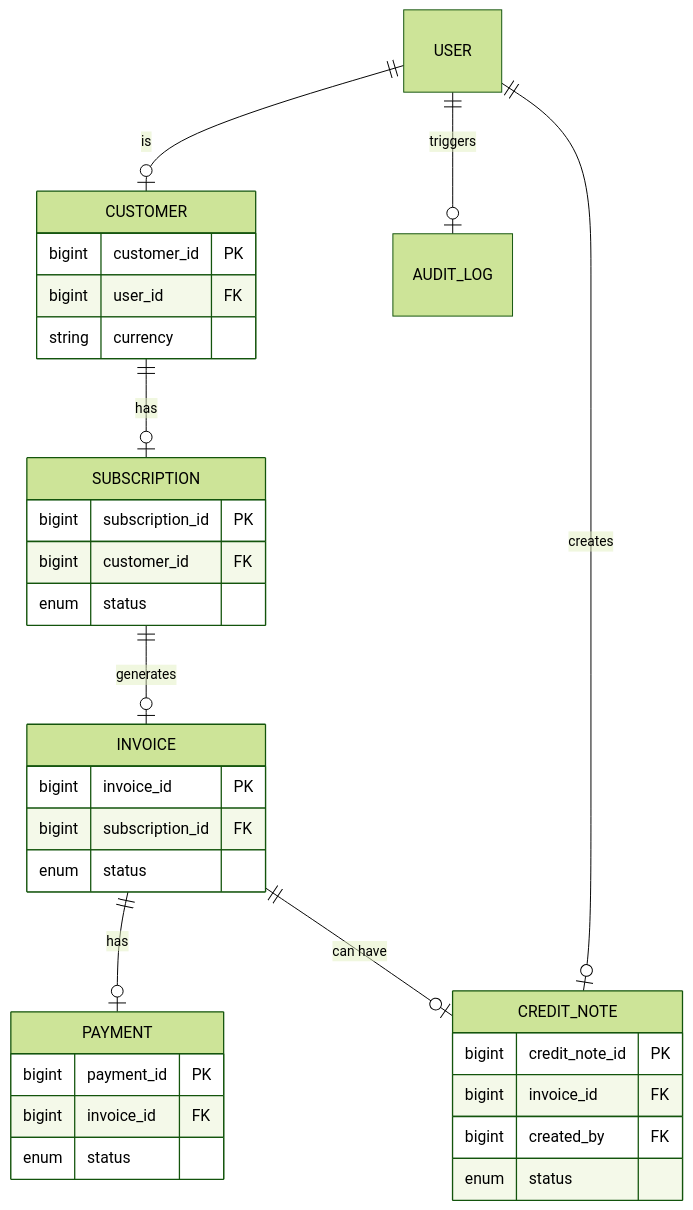
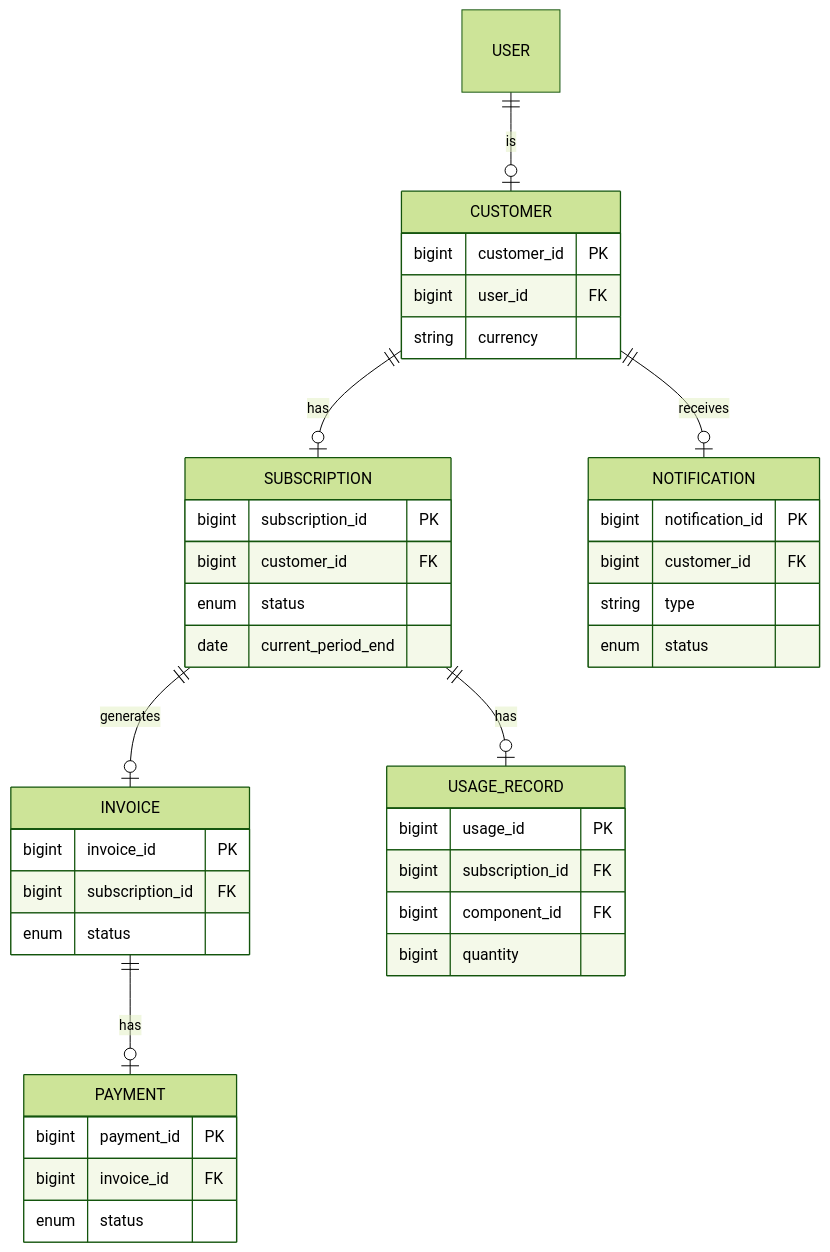
Before and after one commit to Priyank-0401/StreamFlixApp: the first of 2 diagrams in SUPPORT_AGENT_SPECIFICATION.md, drawn with Mermaid (forest theme). The commit also changed other lines of this file, not shown here.

````diff
--- a/SUPPORT_AGENT_SPECIFICATION.md
+++ b/SUPPORT_AGENT_SPECIFICATION.md
@@ -55,37 +55,43 @@
 ```mermaid
 erDiagram
     USER ||--o| CUSTOMER : "is"
     CUSTOMER ||--o| SUBSCRIPTION : "has"
     SUBSCRIPTION ||--o| INVOICE : "generates"
     INVOICE ||--o| PAYMENT : "has"
-    INVOICE ||--o| CREDIT_NOTE : "can have"
-    USER ||--o| CREDIT_NOTE : "creates"
-    USER ||--o| AUDIT_LOG : "triggers"
+    SUBSCRIPTION ||--o| USAGE_RECORD : "has"
+    CUSTOMER ||--o| NOTIFICATION : "receives"
 
     CUSTOMER {
         bigint customer_id PK
         bigint user_id FK
         string currency
     }
     SUBSCRIPTION {
         bigint subscription_id PK
         bigint customer_id FK
         enum status
+        date current_period_end
     }
     INVOICE {
         bigint invoice_id PK
         bigint subscription_id FK
         enum status
     }
     PAYMENT {
         bigint payment_id PK
         bigint invoice_id FK
         enum status
     }
-    CREDIT_NOTE {
-        bigint credit_note_id PK
-        bigint invoice_id FK
-        bigint created_by FK
+    USAGE_RECORD {
+        bigint usage_id PK
+        bigint subscription_id FK
+        bigint component_id FK
+        bigint quantity
+    }
+    NOTIFICATION {
+        bigint notification_id PK
+        bigint customer_id FK
+        string type
         enum status
     }
 ```
````
